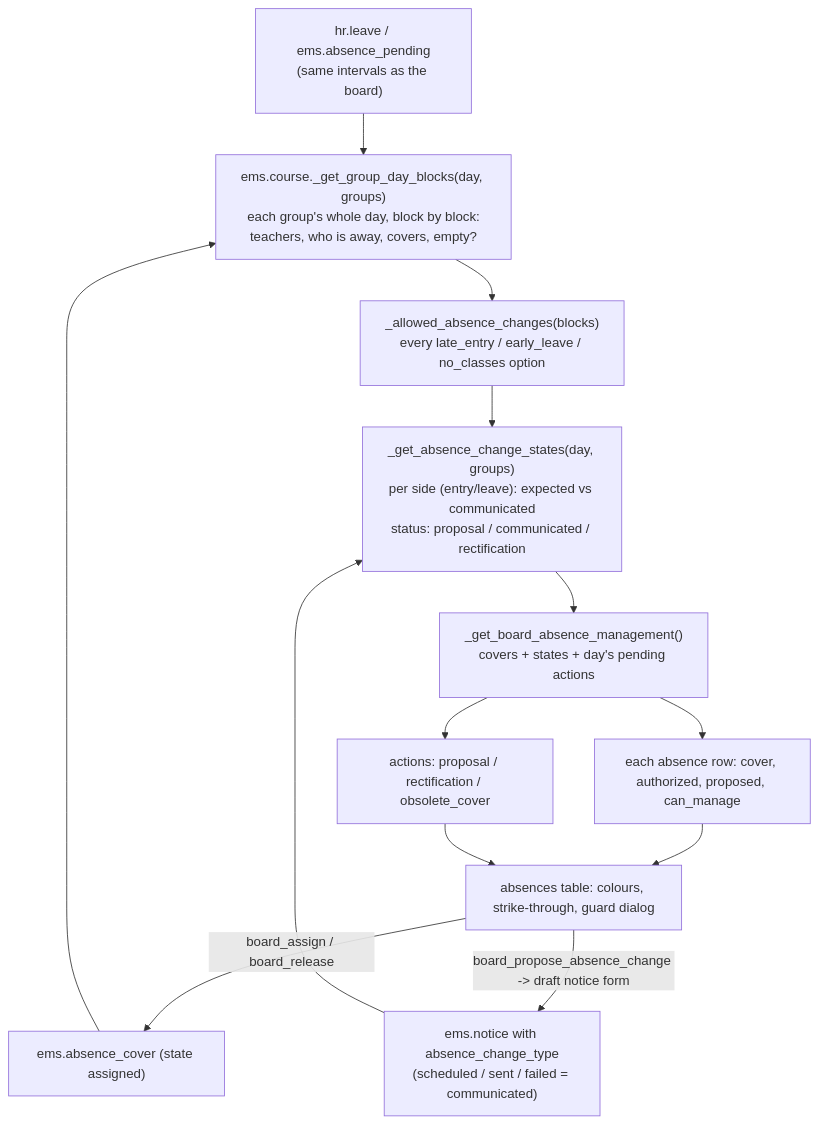
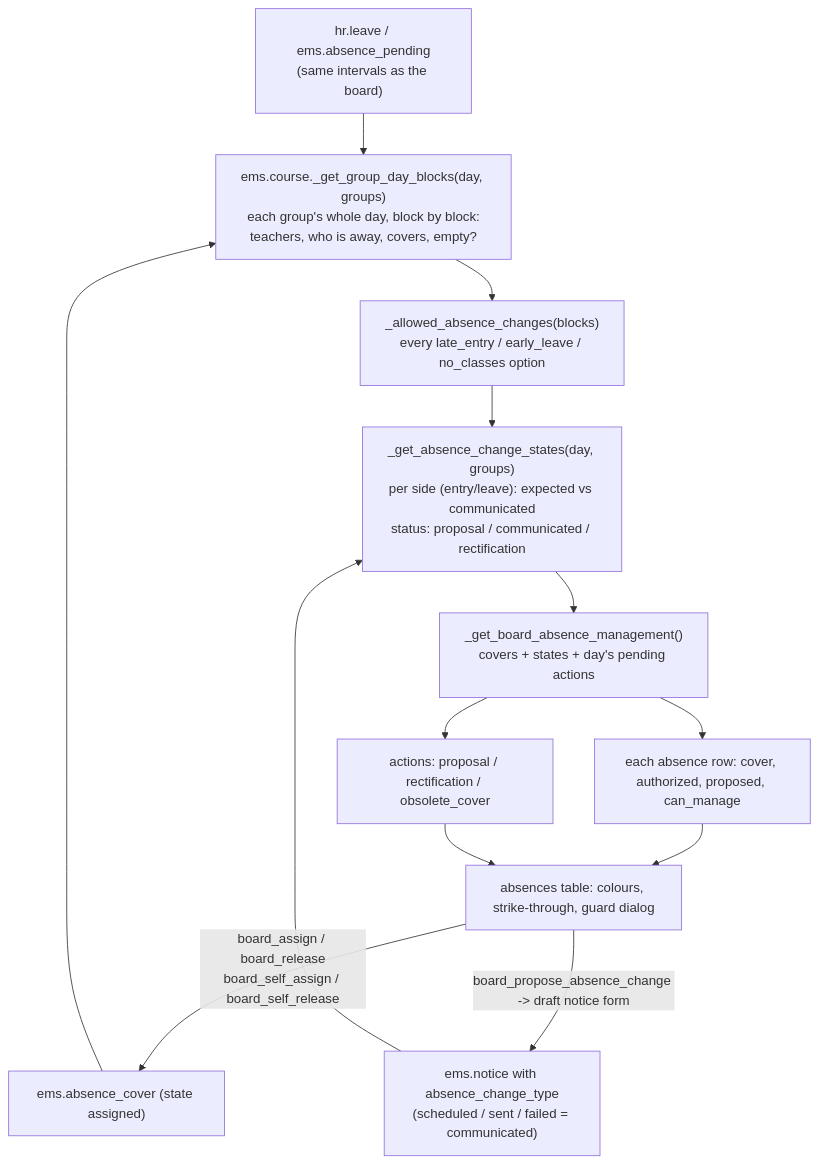
One commit to ElPuig/EMS changed the fourth of 5 diagrams in docs/en/developers/attendance/guard_duty_board.md. Above: the diagram before and after it, drawn with Mermaid. The commit also changed other lines of this file and 181 other files, not shown here.

````diff
--- a/docs/en/developers/attendance/guard_duty_board.md
+++ b/docs/en/developers/attendance/guard_duty_board.md
@@ -671,15 +675,15 @@
 ```mermaid
 flowchart TD
     ABS["hr.leave / ems.absence_pending<br/>(same intervals as the board)"] --> BLK["ems.course._get_group_day_blocks(day, groups)<br/>each group's whole day, block by block:<br/>teachers, who is away, covers, empty?"]
     COV["ems.absence_cover (state assigned)"] --> BLK
     BLK --> EXP["_allowed_absence_changes(blocks)<br/>every late_entry / early_leave / no_classes option"]
     NOT["ems.notice with absence_change_type<br/>(scheduled / sent / failed = communicated)"] --> ST
     EXP --> ST["_get_absence_change_states(day, groups)<br/>per side (entry/leave): expected vs communicated<br/>status: proposal / communicated / rectification"]
     ST --> MGT["_get_board_absence_management()<br/>covers + states + day's pending actions"]
     MGT --> ROWS["each absence row: cover, authorized, proposed, can_manage"]
     MGT --> ACT["actions: proposal / rectification / obsolete_cover"]
     ROWS --> UI["absences table: colours, strike-through, guard dialog"]
     ACT --> UI
-    UI -->|"board_assign / board_release"| COV
+    UI -->|"board_assign / board_release<br/>board_self_assign / board_self_release"| COV
     UI -->|"board_propose_absence_change -> draft notice form"| NOT
 ```
````
